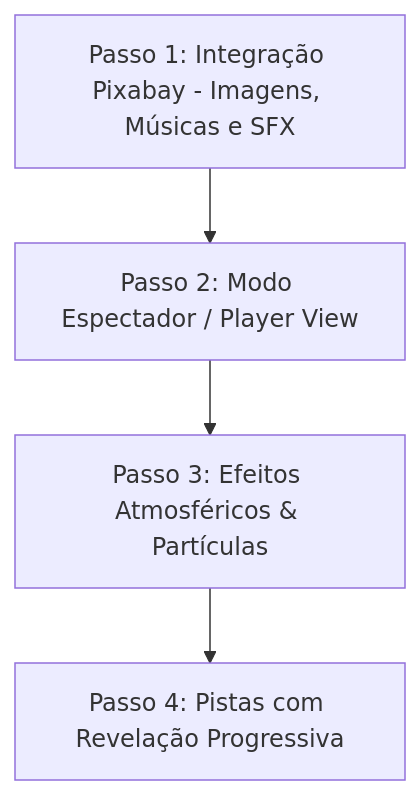
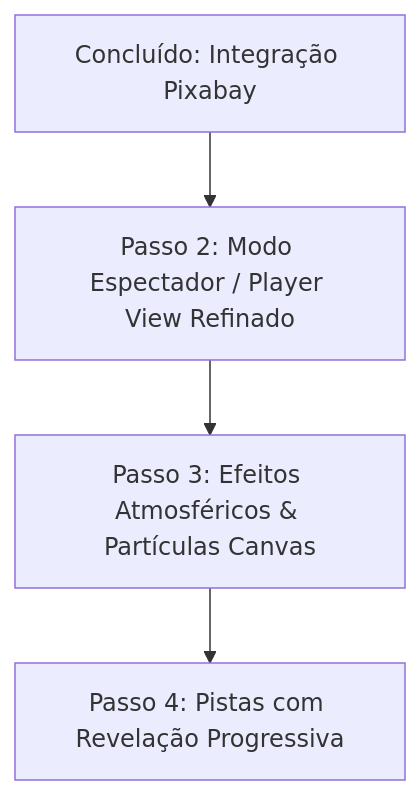
One commit to Raah-Lopes/dozero changed the diagram in handoff.md. Above: the diagram before and after it, drawn with Mermaid. The commit also changed other lines of this file and 22 other files, not shown here.

````diff
--- a/handoff.md
+++ b/handoff.md
@@ -160,6 +176,6 @@
 ```mermaid
 graph TD
-    A[Passo 1: Integração Pixabay - Imagens, Músicas e SFX] --> B[Passo 2: Modo Espectador / Player View]
-    B --> C[Passo 3: Efeitos Atmosféricos & Partículas]
+    A[Concluído: Integração Pixabay] --> B[Passo 2: Modo Espectador / Player View Refinado]
+    B --> C[Passo 3: Efeitos Atmosféricos & Partículas Canvas]
     C --> D[Passo 4: Pistas com Revelação Progressiva]
 ```
````
